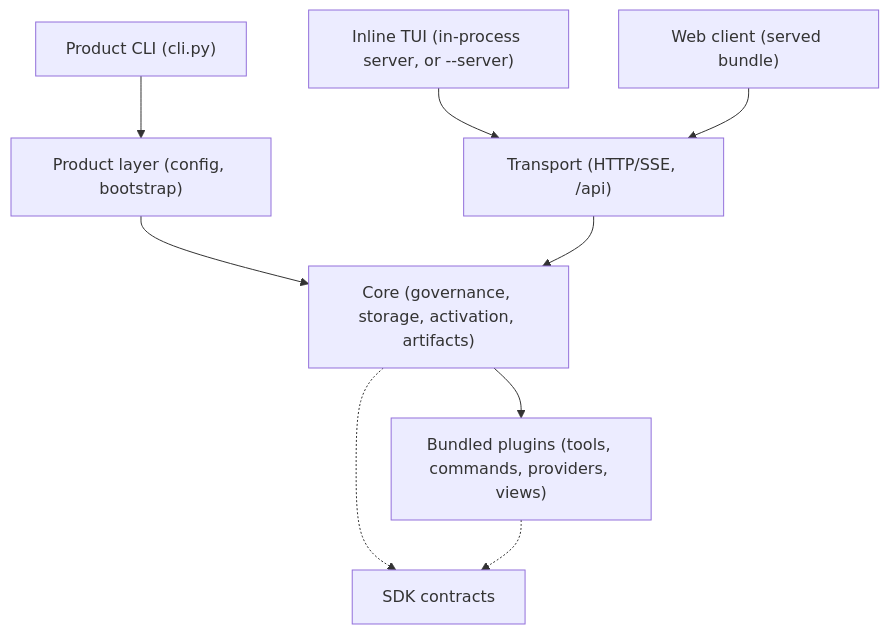
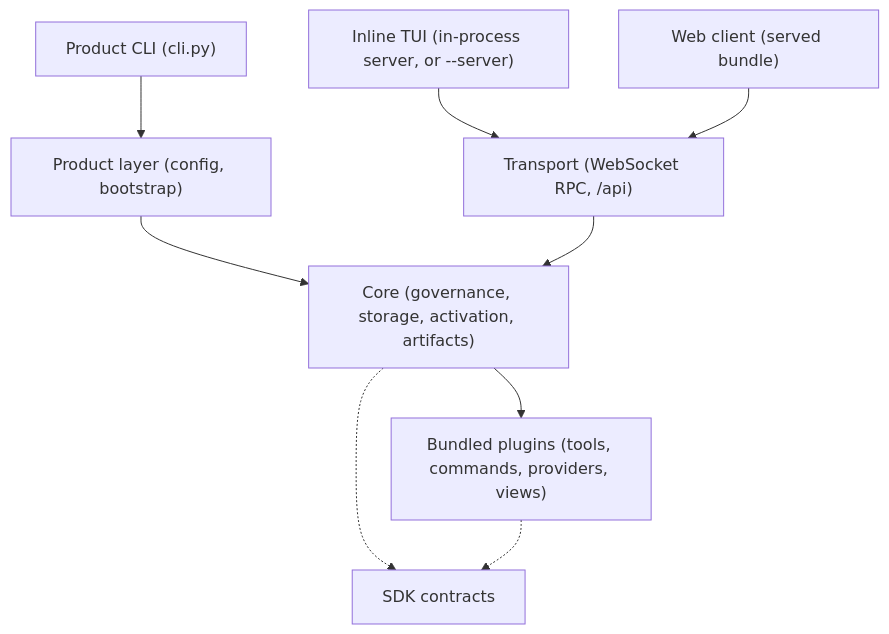
The diagram in README.md (lei-jia-xing/voidcode), drawn with Mermaid before and after one commit. The commit also changed other lines of this file and 53 other files, not shown here.

First line of the commit message:
feat(transport)!: migrate remote clients to WebSocket JSON-RPC

````diff
--- a/README.md
+++ b/README.md
@@ -122,11 +122,11 @@
 ```mermaid
 graph TD
     CLI["Product CLI (cli.py)"] --> Product["Product layer (config, bootstrap)"]
-    TUI["Inline TUI (in-process server, or --server)"] --> Transport["Transport (HTTP/SSE, /api)"]
+    TUI["Inline TUI (in-process server, or --server)"] --> Transport["Transport (WebSocket RPC, /api)"]
     Web["Web client (served bundle)"] --> Transport
     Product --> Core["Core (governance, storage, activation, artifacts)"]
     Transport --> Core
     Core --> Plugins["Bundled plugins (tools, commands, providers, views)"]
     Core -.-> SDK["SDK contracts"]
     Plugins -.-> SDK
 ```
````
